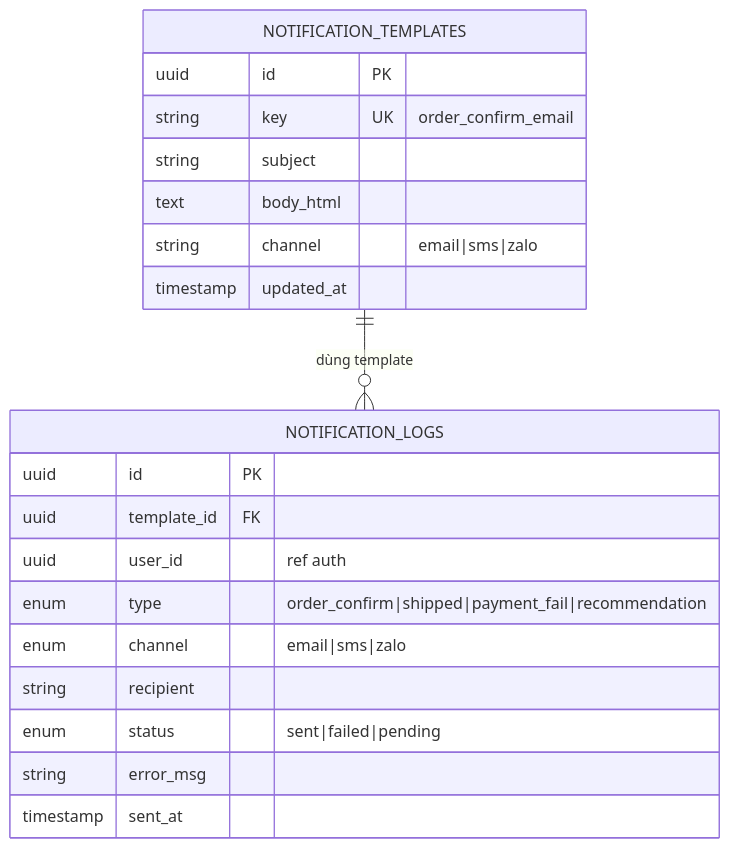
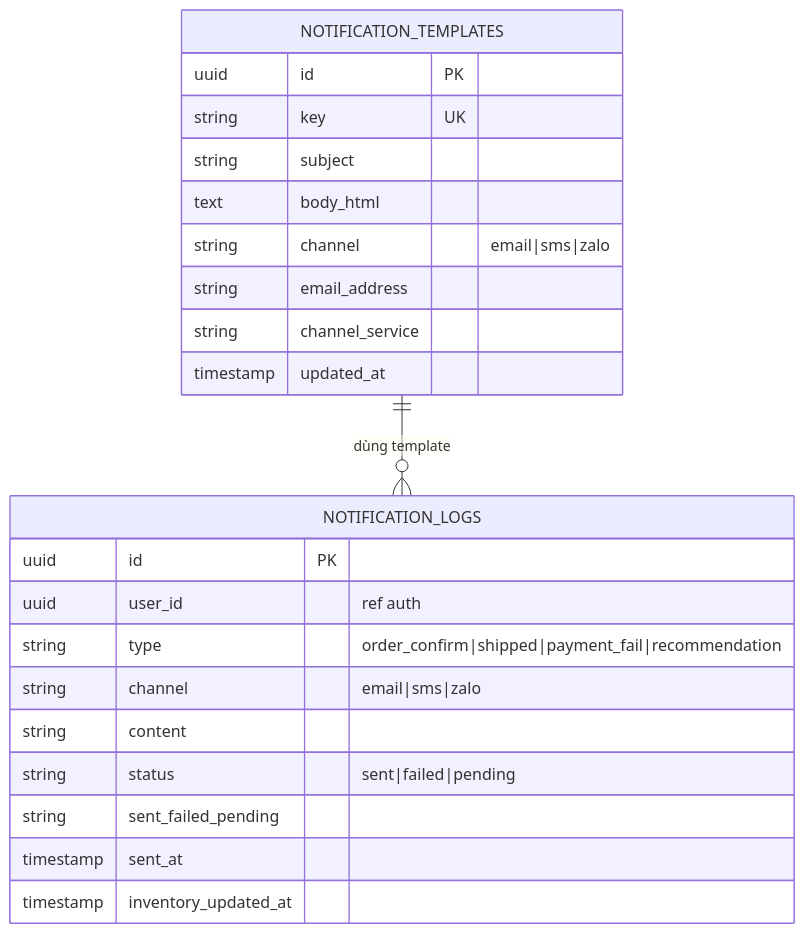
Before and after one commit to nguyenhuynhphuongloc/AdvanceTechnology: the eighth of 8 diagrams in my-app/microservice-architecture.md, drawn with Mermaid. The commit also changed other lines of this file and 15 other files, not shown here.

````diff
--- a/my-app/microservice-architecture.md
+++ b/my-app/microservice-architecture.md
@@ -495,23 +512,25 @@
 ```mermaid
 erDiagram
     NOTIFICATION_TEMPLATES {
-        uuid    id      PK
-        string  key     UK "order_confirm_email"
+        uuid    id              PK
+        string  key             UK
         string  subject
         text    body_html
-        string  channel "email|sms|zalo"
+        string  channel         "email|sms|zalo"
+        string  email_address
+        string  channel_service
         timestamp updated_at
     }
     NOTIFICATION_LOGS {
-        uuid    id              PK
-        uuid    template_id     FK
-        uuid    user_id         "ref auth"
-        enum    type            "order_confirm|shipped|payment_fail|recommendation"
-        enum    channel         "email|sms|zalo"
-        string  recipient
-        enum    status          "sent|failed|pending"
-        string  error_msg
+        uuid    id                  PK
+        uuid    user_id             "ref auth"
+        string  type                "order_confirm|shipped|payment_fail|recommendation"
+        string  channel             "email|sms|zalo"
+        string  content
+        string  status              "sent|failed|pending"
+        string  sent_failed_pending
         timestamp sent_at
+        timestamp inventory_updated_at
     }
     NOTIFICATION_TEMPLATES ||--o{ NOTIFICATION_LOGS : "dùng template"
 ```
````
